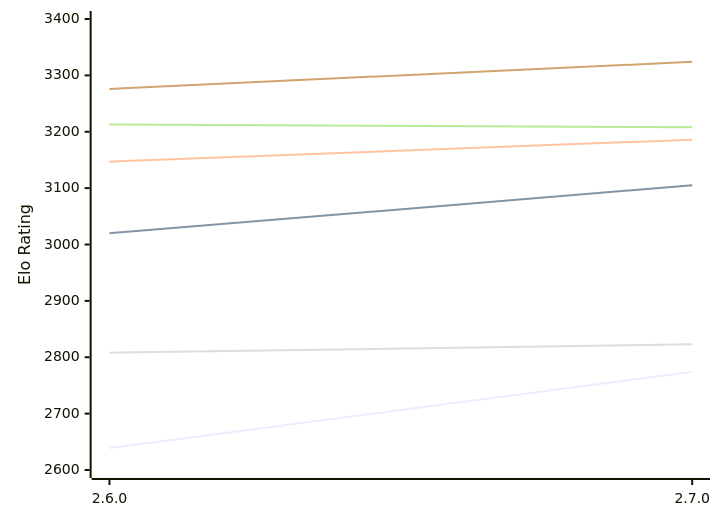
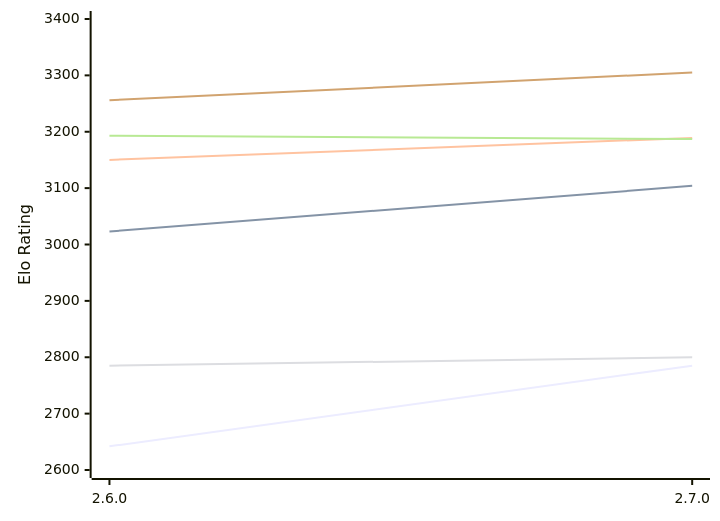
One commit to computer-chess-index/cci changed the first of 2 diagrams in engines/Sturddle2.md. Above: the diagram before and after it, drawn with Mermaid. The commit also changed other lines of this file, not shown here.

Commit message:
Update CCI Ratings (ELO VLTC) - 2026-10-18

````diff
--- a/engines/Sturddle2.md
+++ b/engines/Sturddle2.md
@@ -51,12 +51,12 @@
 ```mermaid
 %%{init: {"theme":"base","themeVariables":{"seriesColors:['#a3a3a3','#222221','#faa371']}}}%%
 xychart-beta
   x-axis ["2.6.0", "2.7.0"]
   y-axis "Elo Rating" 2600 --> 3400
-  line "E1: STC (8.0+0.08s)" [2639, 2774]
-  line "E1: LTC (60.0+0.60s)" [3020, 3105]
-  line "E1: VLTC (2m24s+1.12s)" [3147, 3186]
-  line "P1: STC (8.0+0.08s)" [2808, 2823]
-  line "P1: LTC (60.0+0.60s)" [3213, 3208]
-  line "P1: VLTC (2m24s+1.12s)" [3276, 3324]
+  line "E1: STC (8.0+0.08s)" [2642, 2785]
+  line "E1: LTC (60.0+0.60s)" [3023, 3104]
+  line "E1: VLTC (2m24s+1.12s)" [3150, 3189]
+  line "P1: STC (8.0+0.08s)" [2785, 2800]
+  line "P1: LTC (60.0+0.60s)" [3193, 3187]
+  line "P1: VLTC (2m24s+1.12s)" [3256, 3305]
 ```
````
